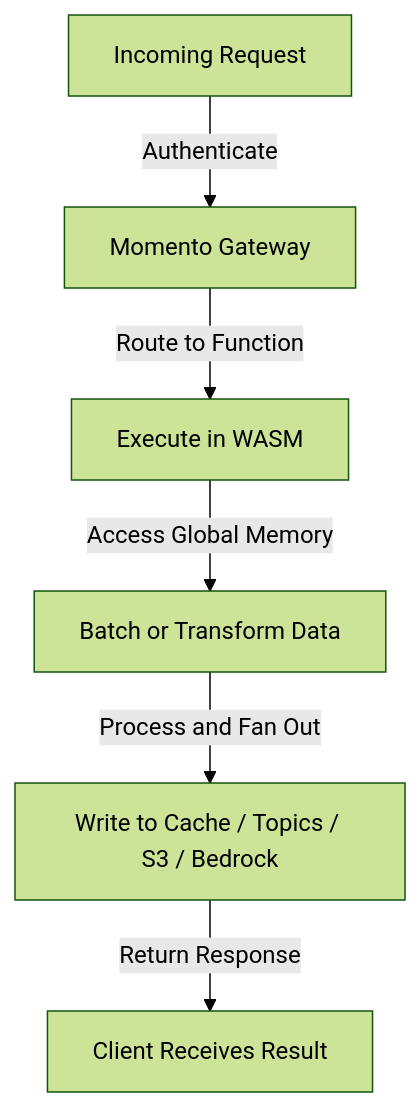
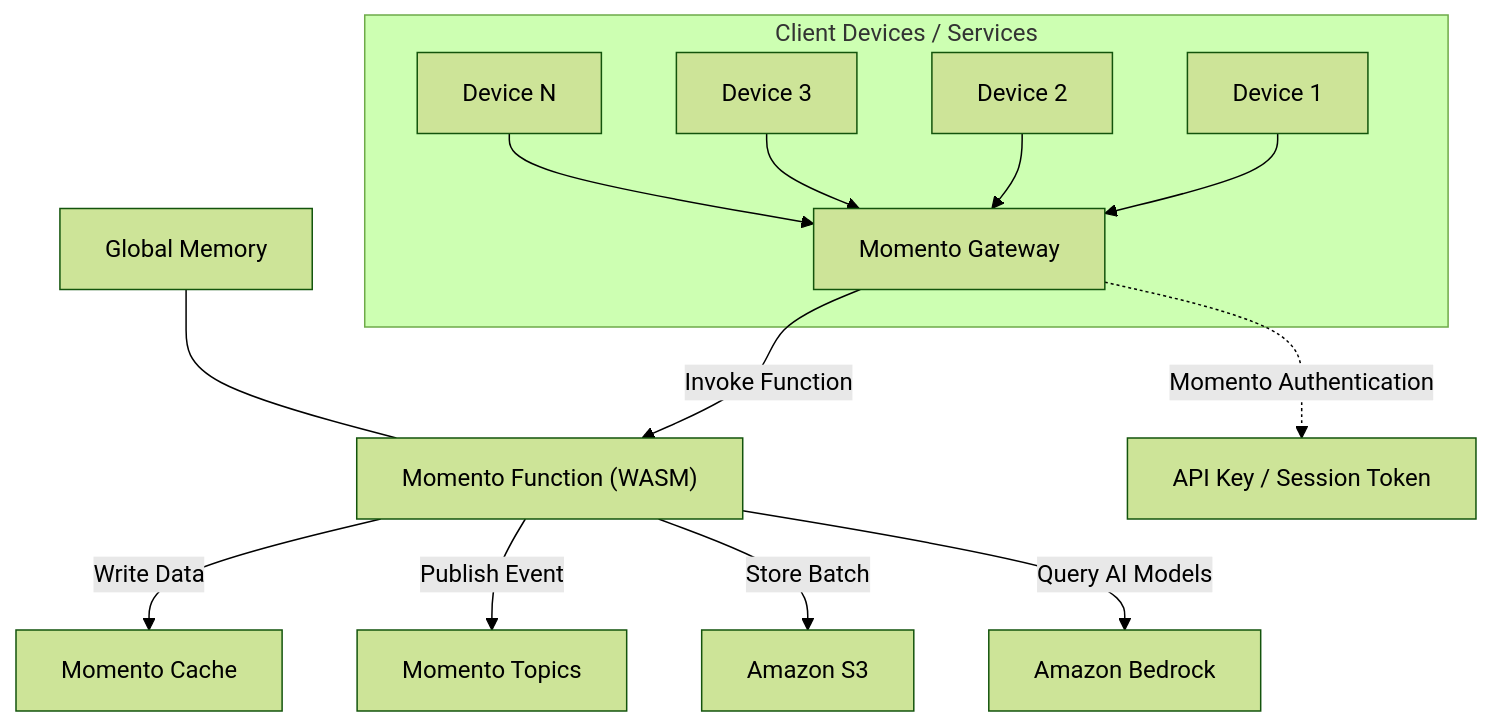
The diagram in docs/functions/introduction/how-it-works.mdx (momentohq/public-dev-docs), drawn with Mermaid (forest theme) before and after one commit. The commit also changed other lines of this file and 7 other files, not shown here.

````diff
--- a/docs/functions/introduction/how-it-works.mdx
+++ b/docs/functions/introduction/how-it-works.mdx
@@ -25,8 +21,20 @@
 ```mermaid
-flowchart TD;
-    A[Incoming Request] -->|Authenticate| B[Momento Gateway];
-    B -->|Route to Function| C[Execute in WASM];
-    C -->|Access Global Memory| D[Batch or Transform Data];
-    D -->|Process and Fan Out| E[Write to Cache / Topics / S3 / Bedrock];
-    E -->|Return Response| F[Client Receives Result];
+graph TD;
+    subgraph Clients[Client Devices / Services]
+        A1[Device 1] --> Gateway
+        A2[Device 2] --> Gateway
+        A3[Device 3] --> Gateway
+        A4[Device N] --> Gateway
+    end
+
+    Gateway[Momento Gateway] -->|Invoke Function| Function["Momento Function (WASM)"];
+
+    Function -->|Write Data| Cache[Momento Cache];
+    Function -->|Publish Event| Topics[Momento Topics];
+    Function -->|Store Batch| S3[Amazon S3];
+    Function -->|Query AI Models| Bedrock[Amazon Bedrock];
+
+    Gateway -.->|Momento Authentication| Auth[API Key / Session Token];
+
+    GlobalMemory["Global Memory"] --- Function;
 ```
````
